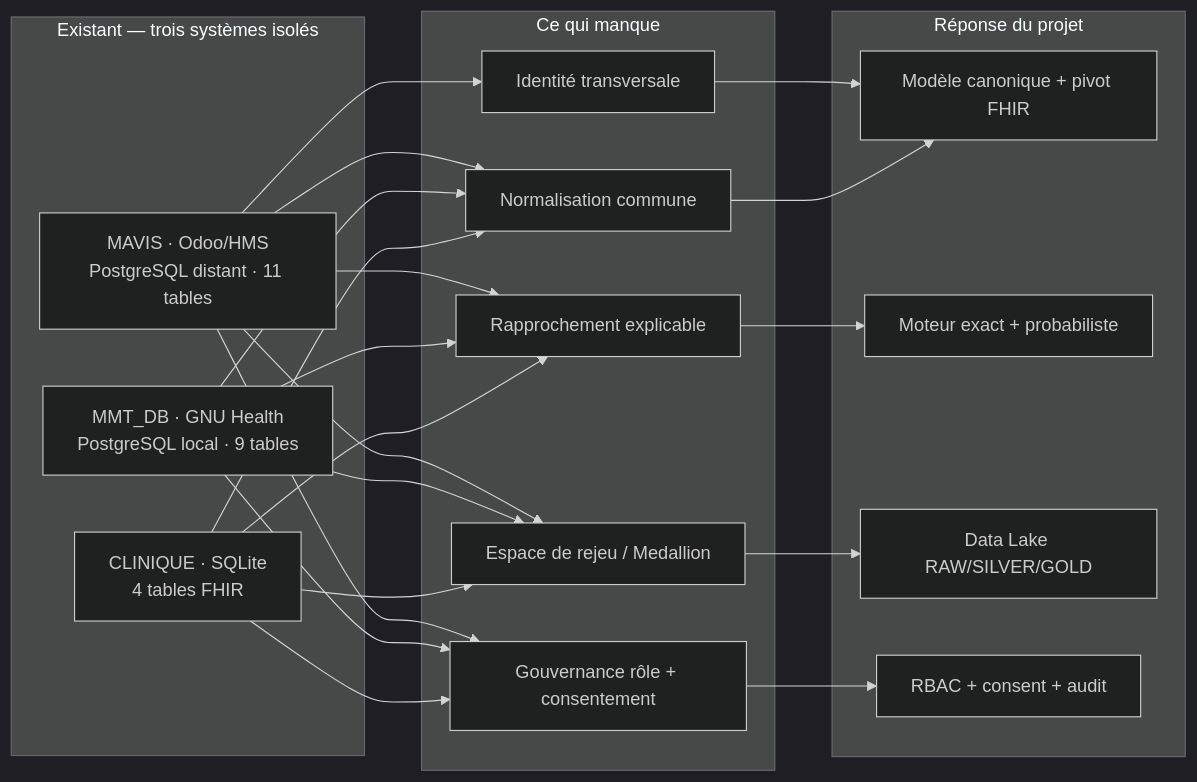
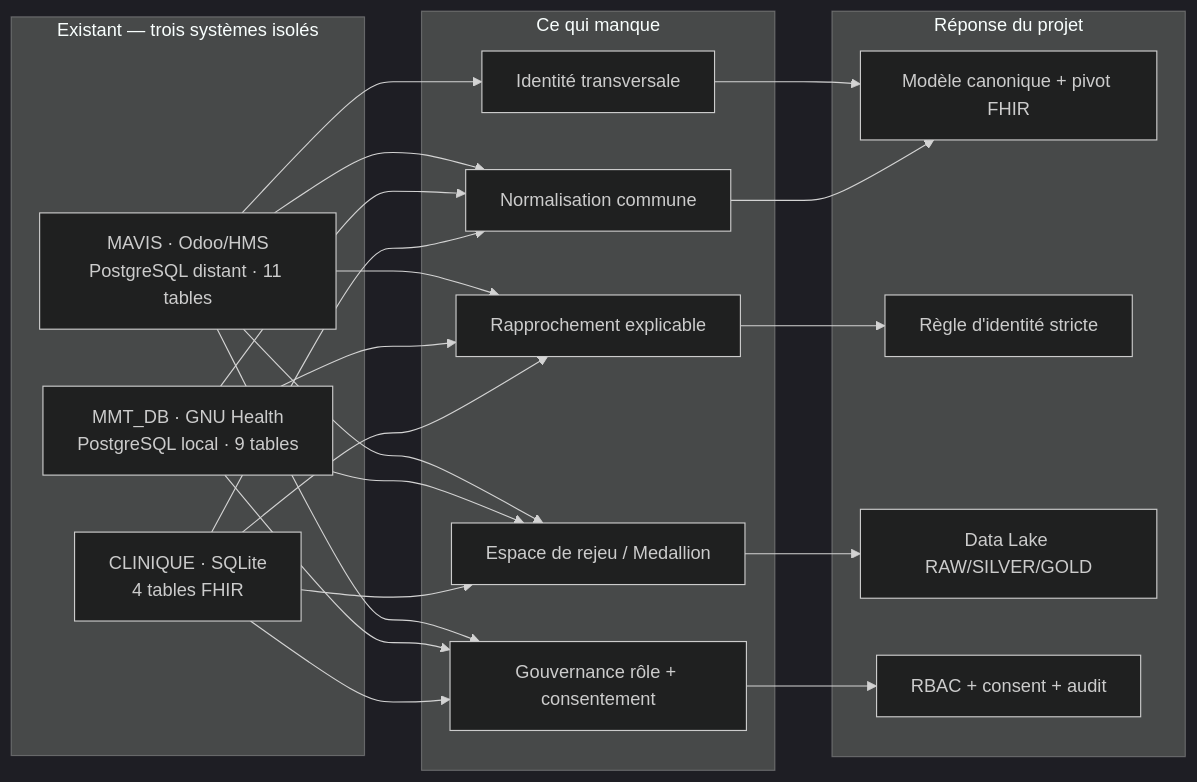
Before and after one commit to Alphamanjaka/test-big-data: the first of 2 diagrams in chapters/03-existant-solution.md, drawn with Mermaid (dark theme). The commit also changed other lines of this file and 27 other files, not shown here.

````diff
--- a/chapters/03-existant-solution.md
+++ b/chapters/03-existant-solution.md
@@ -117,30 +117,30 @@
 ```mermaid
 flowchart LR
     subgraph EX["Existant — trois systèmes isolés"]
         M["MAVIS · Odoo/HMS<br/>PostgreSQL distant · 11 tables"]
         G["MMT_DB · GNU Health<br/>PostgreSQL local · 9 tables"]
         C["CLINIQUE · SQLite<br/>4 tables FHIR"]
     end
     subgraph MANQUE["Ce qui manque"]
         I1["Identité transversale"]
         I2["Normalisation commune"]
         I3["Rapprochement explicable"]
         I4["Gouvernance rôle + consentement"]
         I5["Espace de rejeu / Medallion"]
     end
     subgraph REP["Réponse du projet"]
         R1["Modèle canonique + pivot FHIR"]
-        R2["Moteur exact + probabiliste"]
+        R2["Règle d'identité stricte"]
         R3["Data Lake RAW/SILVER/GOLD"]
         R4["RBAC + consent + audit"]
     end
     M --> I1 & I2
     G --> I2
     C --> I2
     M & G & C --> I3 & I4 & I5
     I1 --> R1
     I2 --> R1
     I3 --> R2
     I5 --> R3
     I4 --> R4
 ```
````
